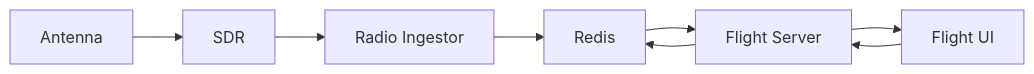
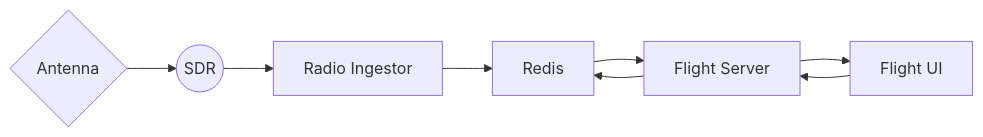
One commit to guyroyse/tracking-aircraft changed the diagram in README.md. Above: the diagram before and after it, drawn with Mermaid.

Commit message:
trying out a mermaid diagram

````diff
--- a/README.md
+++ b/README.md
@@ -157,10 +157,10 @@
 ```mermaid
 flowchart LR
-  A["Antenna"] --> B[SDR]
+  A{Antenna} --> B((SDR))
   B --> C["Radio Ingestor"]
   C --> D[Redis]
   D --> E["Flight Server"]
   E --> D
   E --> F["Flight UI"]
   F --> E
 ```
````
